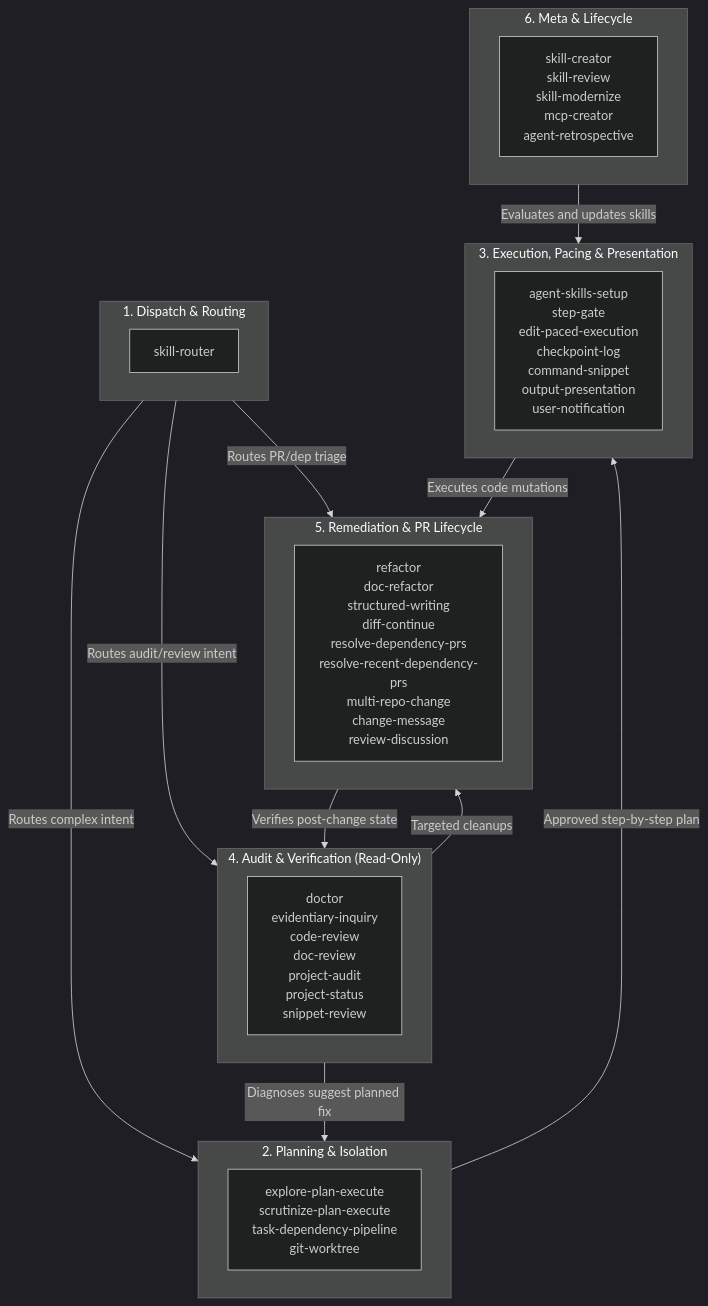
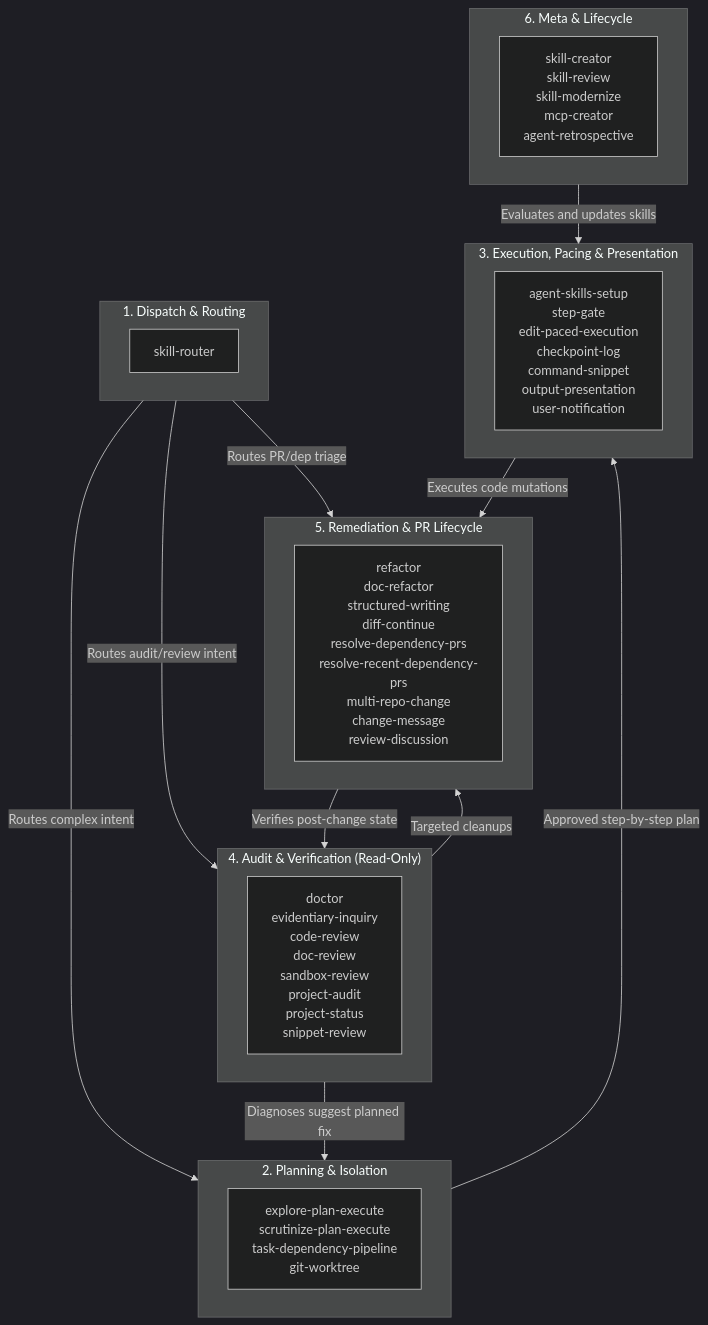
One commit to berquerant/agent-skills changed the diagram in AGENTS.md. Above: the diagram before and after it, drawn with Mermaid (dark theme). The commit also changed other lines of this file and 12 other files, not shown here.

First line of the commit message:
feat(skills): add sandbox-review skill and harness security references (#25)

````diff
--- a/AGENTS.md
+++ b/AGENTS.md
@@ -76,37 +76,37 @@
 ```mermaid
 flowchart TD
     subgraph Dispatch ["1. Dispatch & Routing"]
         SR["skill-router"]
     end
 
     subgraph Planning ["2. Planning & Isolation"]
         PLAN["explore-plan-execute<br/>scrutinize-plan-execute<br/>task-dependency-pipeline<br/>git-worktree"]
     end
 
     subgraph Execution ["3. Execution, Pacing & Presentation"]
         EXEC["agent-skills-setup<br/>step-gate<br/>edit-paced-execution<br/>checkpoint-log<br/>command-snippet<br/>output-presentation<br/>user-notification"]
     end
 
     subgraph Audit ["4. Audit & Verification (Read-Only)"]
-        AUD["doctor<br/>evidentiary-inquiry<br/>code-review<br/>doc-review<br/>project-audit<br/>project-status<br/>snippet-review"]
+        AUD["doctor<br/>evidentiary-inquiry<br/>code-review<br/>doc-review<br/>sandbox-review<br/>project-audit<br/>project-status<br/>snippet-review"]
     end
 
     subgraph Remediation ["5. Remediation & PR Lifecycle"]
         REM["refactor<br/>doc-refactor<br/>structured-writing<br/>diff-continue<br/>resolve-dependency-prs<br/>resolve-recent-dependency-prs<br/>multi-repo-change<br/>change-message<br/>review-discussion"]
     end
 
     subgraph Meta ["6. Meta & Lifecycle"]
         META["skill-creator<br/>skill-review<br/>skill-modernize<br/>mcp-creator<br/>agent-retrospective"]
     end
 
     %% High-level hand-offs
     Dispatch -->|"Routes complex intent"| Planning
     Dispatch -->|"Routes audit/review intent"| Audit
     Dispatch -->|"Routes PR/dep triage"| Remediation
     Audit -->|"Diagnoses suggest planned fix"| Planning
     Audit -->|"Targeted cleanups"| Remediation
     Planning -->|"Approved step-by-step plan"| Execution
     Execution -->|"Executes code mutations"| Remediation
     Remediation -->|"Verifies post-change state"| Audit
     Meta -->|"Evaluates and updates skills"| Execution
 ```
````
